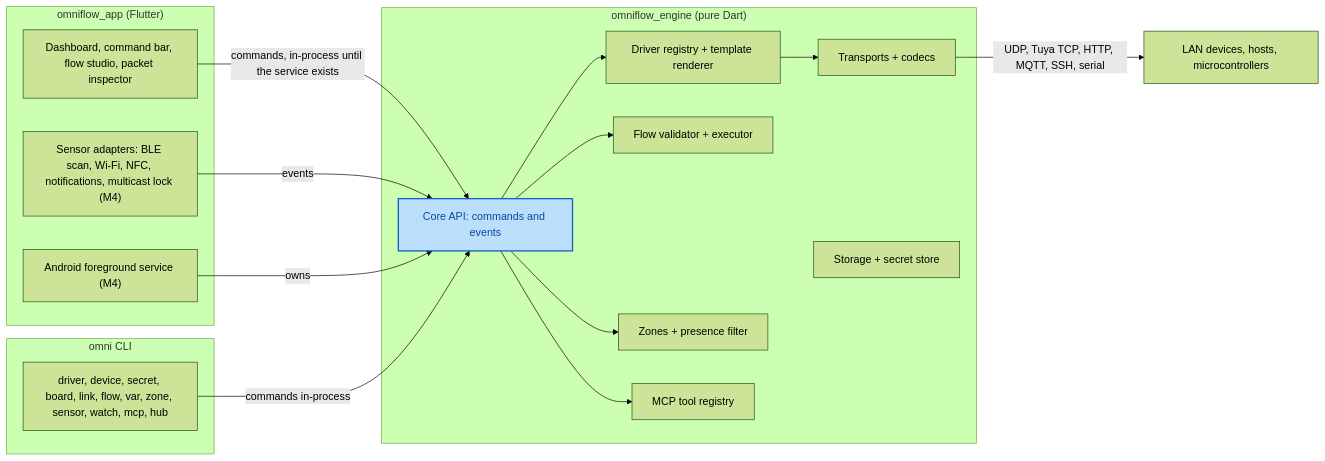
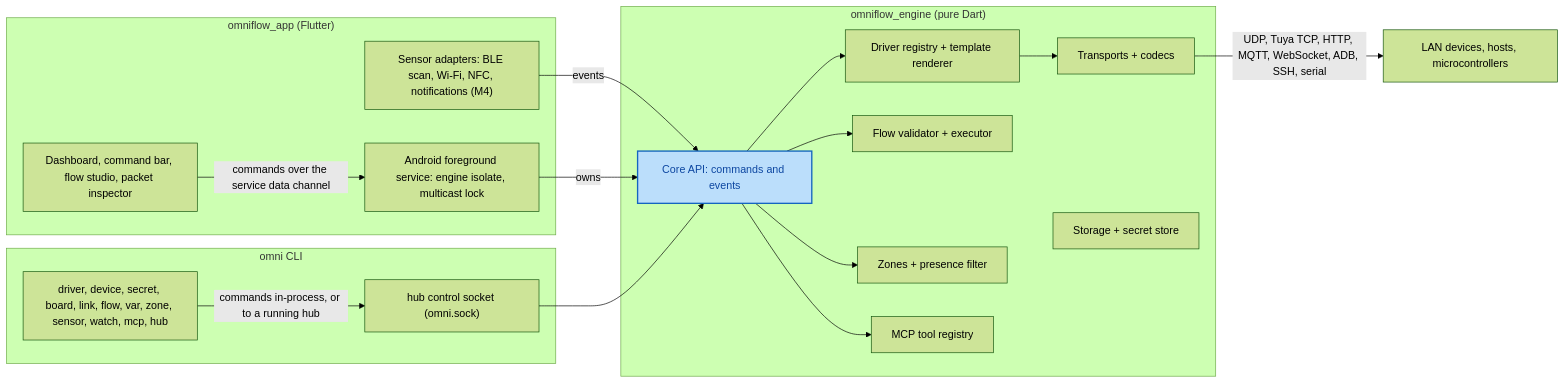
One commit to jashnimje/omni-flow changed the diagram in docs/DESIGN.md. Above: the diagram before and after it, drawn with Mermaid (forest theme). The commit also changed other lines of this file and 116 other files, not shown here.

````diff
--- a/docs/DESIGN.md
+++ b/docs/DESIGN.md
@@ -26,31 +26,33 @@
 ```mermaid
 flowchart LR
   subgraph app["omniflow_app (Flutter)"]
     ui["Dashboard, command bar, flow studio, packet inspector"]
-    sensors["Sensor adapters: BLE scan, Wi-Fi, NFC, notifications, multicast lock (M4)"]
-    svc["Android foreground service (M4)"]
+    sensors["Sensor adapters: BLE scan, Wi-Fi, NFC, notifications (M4)"]
+    svc["Android foreground service: engine isolate, multicast lock"]
   end
   subgraph engine["omniflow_engine (pure Dart)"]
     api["Core API: commands and events"]
     drivers["Driver registry + template renderer"]
     transports["Transports + codecs"]
     dag["Flow validator + executor"]
     presence["Zones + presence filter"]
     store["Storage + secret store"]
     mcp["MCP tool registry"]
   end
   subgraph cli["omni CLI"]
     cmds["driver, device, secret, board, link, flow, var, zone, sensor, watch, mcp, hub"]
+    sock["hub control socket (omni.sock)"]
   end
   devices["LAN devices, hosts, microcontrollers"]
-  ui -- "commands, in-process until the service exists" --> api
+  ui -- "commands over the service data channel" --> svc
   sensors -- "events" --> api
   svc -- "owns" --> api
-  cmds -- "commands in-process" --> api
-  api --> drivers --> transports -- "UDP, Tuya TCP, HTTP, MQTT, SSH, serial" --> devices
+  cmds -- "commands in-process, or to a running hub" --> sock
+  sock --> api
+  api --> drivers --> transports -- "UDP, Tuya TCP, HTTP, MQTT, WebSocket, ADB, SSH, serial" --> devices
   api --> dag
   api --> presence
   api --> mcp
   classDef new fill:#bbdefb,stroke:#1565c0,color:#0d47a1,stroke-width:2px
   class api new
 ```
````
